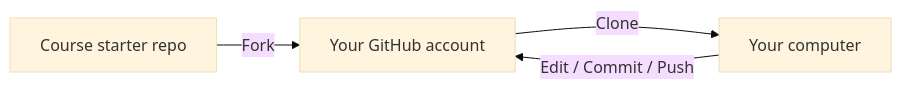
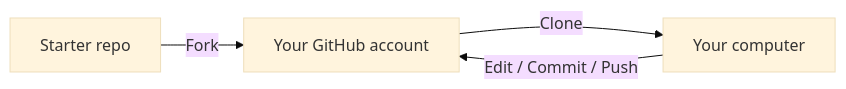
Before and after one commit to Chazmaniandevl/Django_CS1030_TR: the second of 3 diagrams in Tech_Docs/Git_&_GitHub_Development_Environment_&_Workflow.md, drawn with Mermaid (base theme). The commit also changed other lines of this file, not shown here.

````diff
--- a/Tech_Docs/Git_&_GitHub_Development_Environment_&_Workflow.md
+++ b/Tech_Docs/Git_&_GitHub_Development_Environment_&_Workflow.md
@@ -130,6 +132,6 @@
 ```mermaid
 flowchart LR
-    A[Course starter repo] -->|Fork| B[Your GitHub account]
+    A[Starter repo] -->|Fork| B[Your GitHub account]
     B -->|Clone| C[Your computer]
     C -->|Edit / Commit / Push| B
 ```
````
